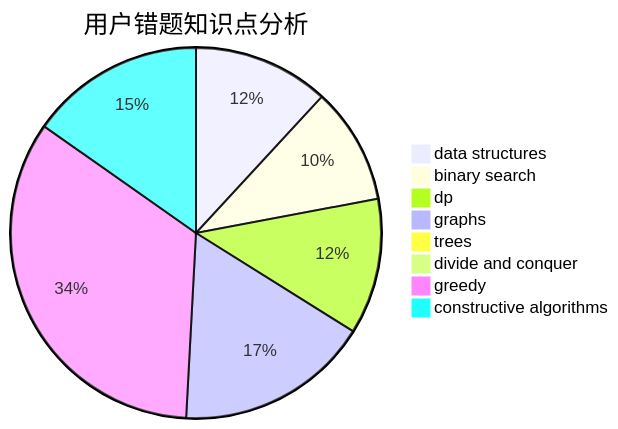
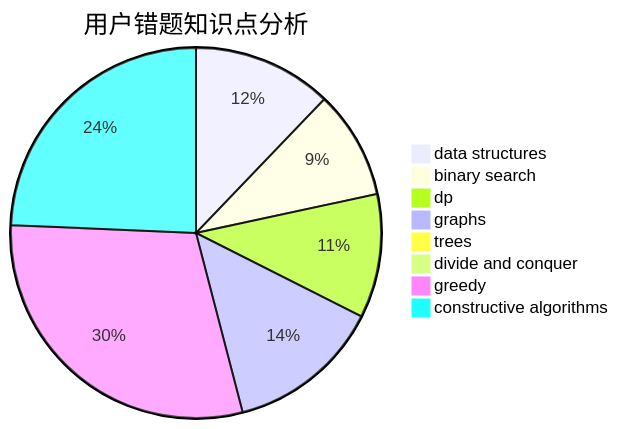
One commit to sherpahu/cfrs.github.io changed the third of 3 diagrams in docs/user/u1362.md. Above: the diagram before and after it, drawn with Mermaid. The commit also changed other lines of this file and 2770 other files, not shown here.

````diff
--- a/docs/user/u1362.md
+++ b/docs/user/u1362.md
@@ -36,11 +36,11 @@
 ```mermaid
 pie title 用户错题知识点分析
-    "data structures" :  7
-    "binary search" :  6
-    "dp" :  7
+    "data structures" :  9
+    "binary search" :  7
+    "dp" :  8
     "graphs" :  10
     "trees" :  0
     "divide and conquer" :  0
-    "greedy" :  20
-    "constructive algorithms" :  9
+    "greedy" :  22
+    "constructive algorithms" :  18
 ```
````
